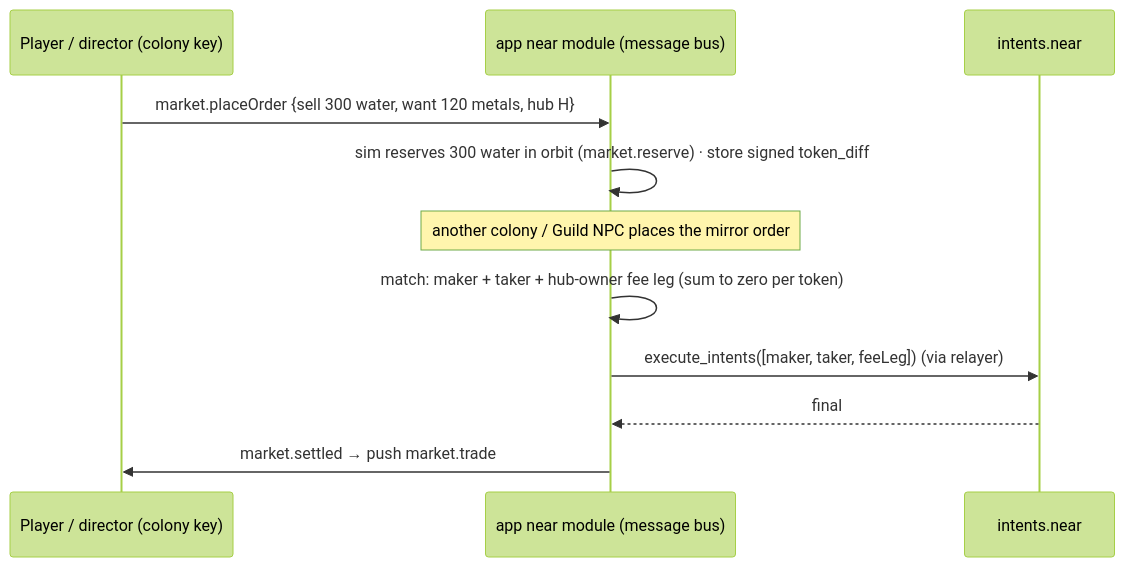
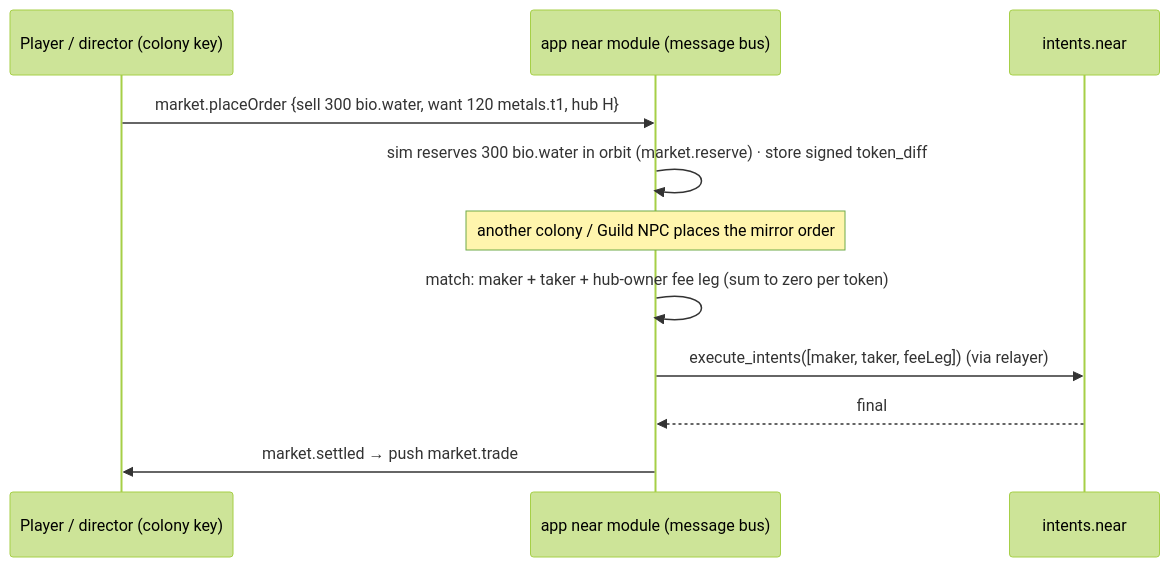
One commit to recferret-bit/terraagent changed the second of 2 diagrams in docs/spec/NEAR.md. Above: the diagram before and after it, drawn with Mermaid (forest theme). The commit also changed other lines of this file and 220 other files, not shown here.

````diff
--- a/docs/spec/NEAR.md
+++ b/docs/spec/NEAR.md
@@ -126,13 +126,13 @@
 ```mermaid
 sequenceDiagram
   participant P as Player / director (colony key)
   participant A as app near module (message bus)
   participant I as intents.near
-  P->>A: market.placeOrder {sell 300 water, want 120 metals, hub H}
-  A->>A: sim reserves 300 water in orbit (market.reserve) · store signed token_diff
+  P->>A: market.placeOrder {sell 300 bio.water, want 120 metals.t1, hub H}
+  A->>A: sim reserves 300 bio.water in orbit (market.reserve) · store signed token_diff
   Note over A: another colony / Guild NPC places the mirror order
   A->>A: match: maker + taker + hub-owner fee leg (sum to zero per token)
   A->>I: execute_intents([maker, taker, feeLeg])  (via relayer)
   I-->>A: final
   A->>P: market.settled → push market.trade
 ```
````
